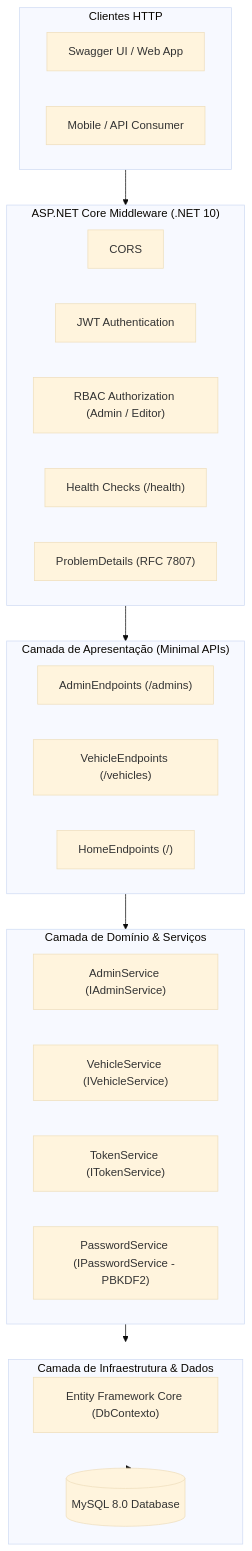
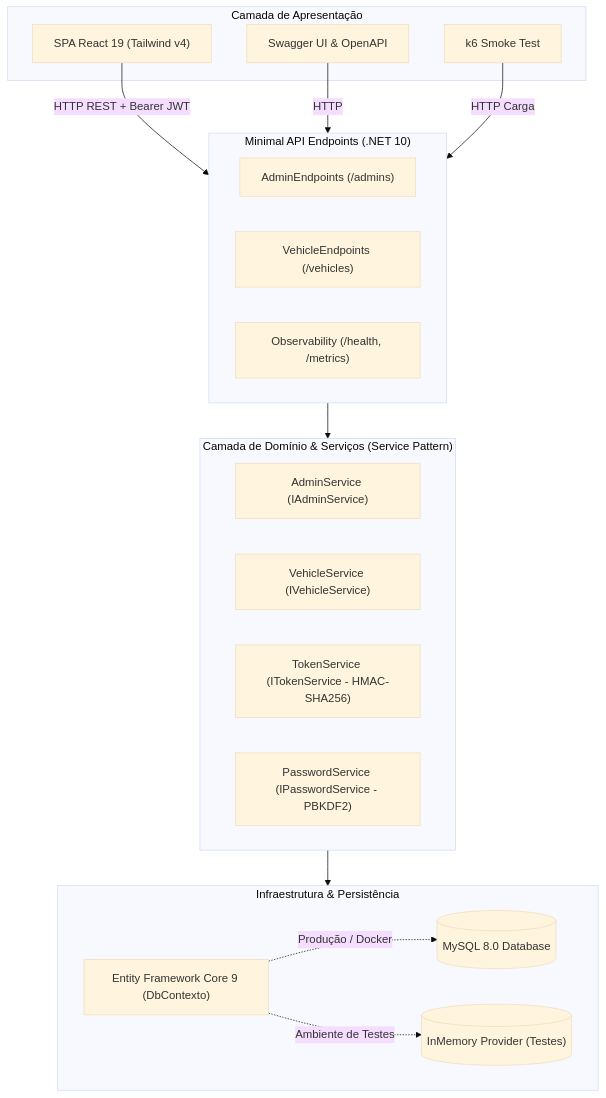
Before and after one commit to leomatiazzz/CarTalogo: the diagram in README.md, drawn with Mermaid (base theme). The commit also changed other lines of this file and 12 other files, not shown here.

````diff
--- a/README.md
+++ b/README.md
@@ -26,39 +120,35 @@
 ```mermaid
 flowchart TD
-    subgraph Client["Clientes HTTP"]
-        Browser["Swagger UI / Web App"]
-        Mobile["Mobile / API Consumer"]
+    subgraph Apresentacao["Camada de Apresentação"]
+        ReactApp["SPA React 19 (Tailwind v4)"]
+        Swagger["Swagger UI & OpenAPI"]
+        K6["k6 Smoke Test"]
     end
 
-    subgraph Pipeline["ASP.NET Core Middleware (.NET 10)"]
-        Cors["CORS"]
-        Authn["JWT Authentication"]
-        Authz["RBAC Authorization (Admin / Editor)"]
-        Health["Health Checks (/health)"]
-        ProbDetails["ProblemDetails (RFC 7807)"]
+    subgraph Transporte["Minimal API Endpoints (.NET 10)"]
+        AdminEp["AdminEndpoints (/admins)"]
+        VehicleEp["VehicleEndpoints (/vehicles)"]
+        ObsEp["Observability (/health, /metrics)"]
     end
 
-    subgraph Endpoints["Camada de Apresentação (Minimal APIs)"]
-        AdminEp["AdminEndpoints (/admins)"]
-        VehicleEp["VehicleEndpoints (/vehicles)"]
-        HomeEp["HomeEndpoints (/)"]
-    end
-
-    subgraph Domain["Camada de Domínio & Serviços"]
+    subgraph Dominio["Camada de Domínio & Serviços (Service Pattern)"]
         AdminSvc["AdminService (IAdminService)"]
         VehicleSvc["VehicleService (IVehicleService)"]
-        TokenSvc["TokenService (ITokenService)"]
+        TokenSvc["TokenService (ITokenService - HMAC-SHA256)"]
         PassSvc["PasswordService (IPasswordService - PBKDF2)"]
     end
 
-    subgraph Infrastructure["Camada de Infraestrutura & Dados"]
-        EF["Entity Framework Core (DbContexto)"]
+    subgraph Infraestrutura["Infraestrutura & Persistência"]
+        EF["Entity Framework Core 9 (DbContexto)"]
         MySQL[("MySQL 8.0 Database")]
+        InMemory[("InMemory Provider (Testes)")]
     end
 
-    Client --> Pipeline
-    Pipeline --> Endpoints
-    Endpoints --> Domain
-    Domain --> Infrastructure
-    Infrastructure --> MySQL
+    ReactApp -->|HTTP REST + Bearer JWT| Transporte
+    Swagger -->|HTTP| Transporte
+    K6 -->|HTTP Carga| Transporte
+    Transporte --> Dominio
+    Dominio --> Infraestrutura
+    EF -.->|Produção / Docker| MySQL
+    EF -.->|Ambiente de Testes| InMemory
 ```
````
